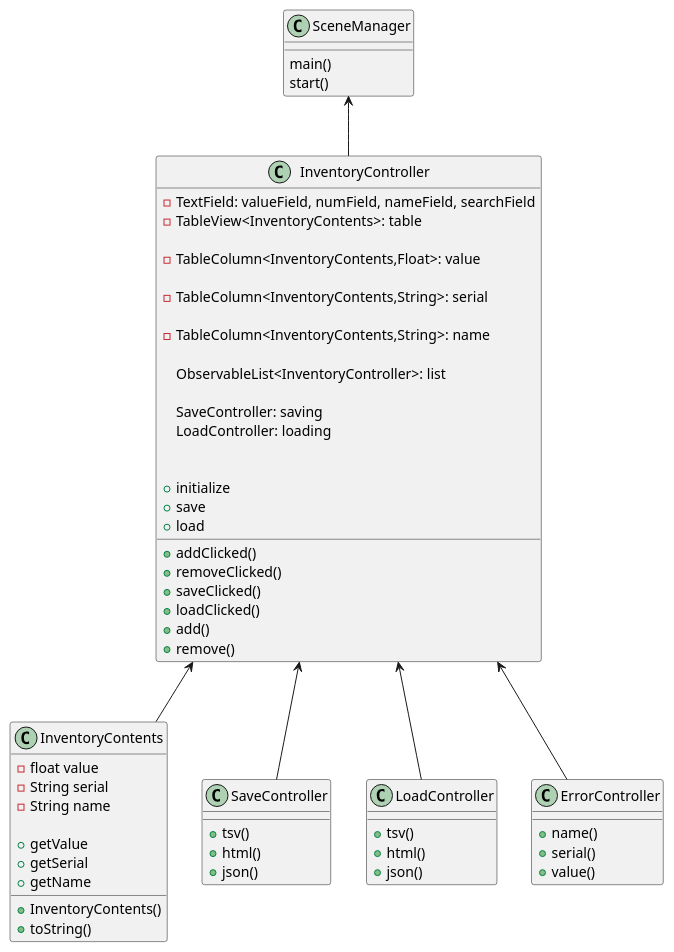
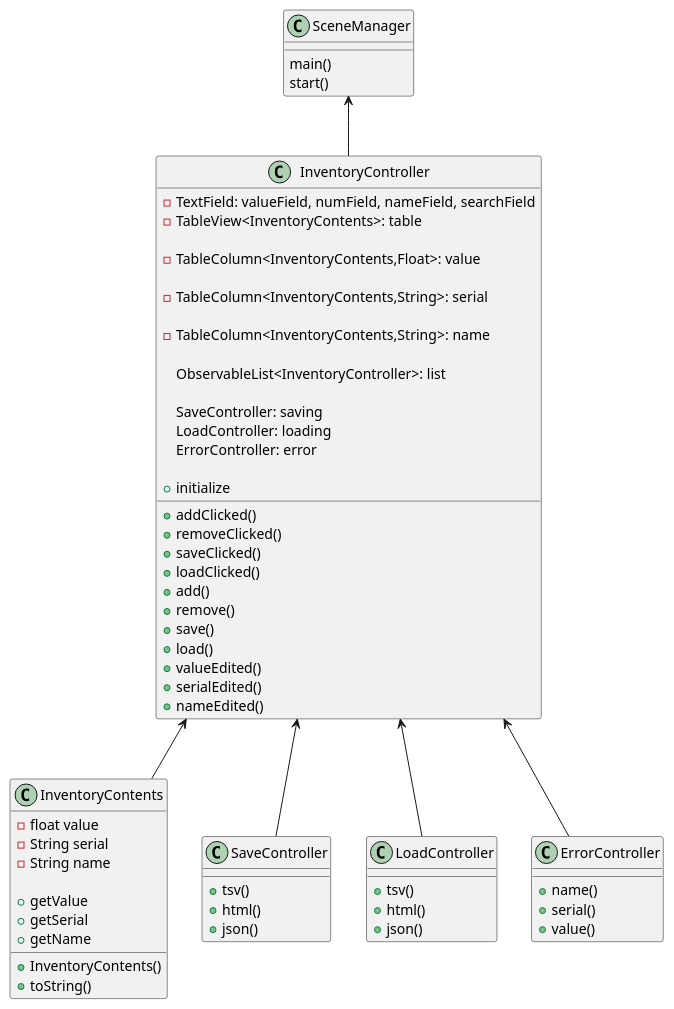
Before and after one commit to lcorona26/corona-0708-a5: the diagram in uml/classes.puml, drawn with PlantUML. The commit also changed 5 other files, not shown here.

```diff
--- a/uml/classes.puml
+++ b/uml/classes.puml
@@ -1,75 +1,75 @@
 @startuml
 
 class SceneManager{
     main()
     start()
 }
 class InventoryController{
 
     -TextField: valueField, numField, nameField, searchField
     -TableView<InventoryContents>: table
 
     -TableColumn<InventoryContents,Float>: value
 
     -TableColumn<InventoryContents,String>: serial
 
     -TableColumn<InventoryContents,String>: name
 
     ObservableList<InventoryController>: list
 
     SaveController: saving
     LoadController: loading
-
+    ErrorController: error
 
     +initialize
     + addClicked()
     + removeClicked()
     + saveClicked()
     + loadClicked()
     + add()
     + remove()
-    +save
-    +load
-
-
-
+    + save()
+    + load()
+    + valueEdited()
+    + serialEdited()
+    + nameEdited()
 }
 class InventoryContents{
 
     -float value
     -String serial
     -String name
 
     +InventoryContents()
     +getValue
     +getSerial
     +getName
     +toString()
 }
 class SaveController{
 
    +tsv()
    +html()
    +json()
 }
 class LoadController{
 
    +tsv()
    +html()
    +json()
 }
 class ErrorController{
 
    +name()
    +serial()
    +value()
 }
 
 
 SceneManager <--InventoryController
 InventoryController <-- InventoryContents
 InventoryController <-- SaveController
 InventoryController <-- LoadController
 InventoryController <-- ErrorController
 
 @enduml
```
